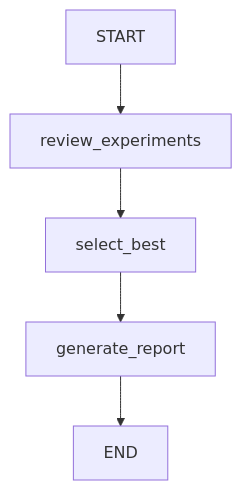
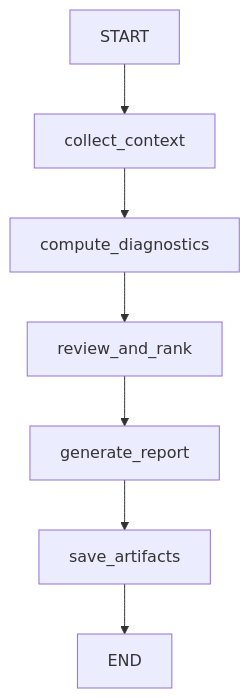
One commit to lblogan14/Scientist-Bin changed the diagram in backend/src/scientist_bin_backend/agents/summary/README.md. Above: the diagram before and after it, drawn with Mermaid. The commit also changed other lines of this file and 26 other files, not shown here.

````diff
--- a/backend/src/scientist_bin_backend/agents/summary/README.md
+++ b/backend/src/scientist_bin_backend/agents/summary/README.md
@@ -7,7 +7,9 @@
 ```mermaid
 graph TD
-    A[START] --> B[review_experiments]
-    B --> C[select_best]
-    C --> D[generate_report]
-    D --> E[END]
+    A[START] --> B[collect_context]
+    B --> C[compute_diagnostics]
+    C --> D[review_and_rank]
+    D --> E[generate_report]
+    E --> F[save_artifacts]
+    F --> G[END]
 ```
````
